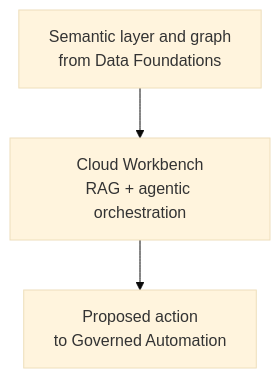
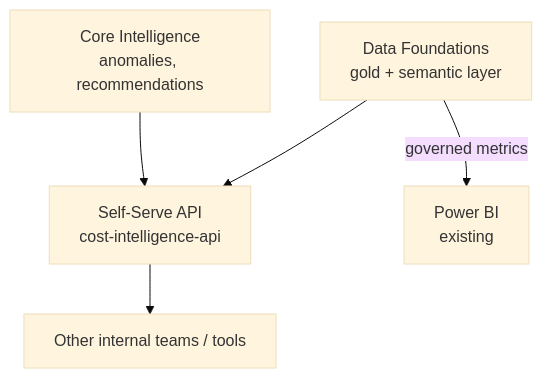
One commit to mbnest/finops-intelligence-platform changed the diagram in docs/Solution_Architecture_Self_Serve_Foundations.md. Above: the diagram before and after it, drawn with Mermaid (base theme). The commit also changed other lines of this file and 7 other files, not shown here.

````diff
--- a/docs/Solution_Architecture_Self_Serve_Foundations.md
+++ b/docs/Solution_Architecture_Self_Serve_Foundations.md
@@ -52,5 +44,7 @@
 ```mermaid
 flowchart TD
-    D[Semantic layer and graph<br/>from Data Foundations] --> E[Cloud Workbench<br/>RAG + agentic orchestration]
-    E --> F[Proposed action<br/>to Governed Automation]
+    CI["Core Intelligence<br/>anomalies, recommendations"] --> API["Self-Serve API<br/>cost-intelligence-api"]
+    DF["Data Foundations<br/>gold + semantic layer"] --> API
+    API --> TEAMS["Other internal teams / tools"]
+    DF -->|governed metrics| BI["Power BI<br/>existing"]
 ```
````
